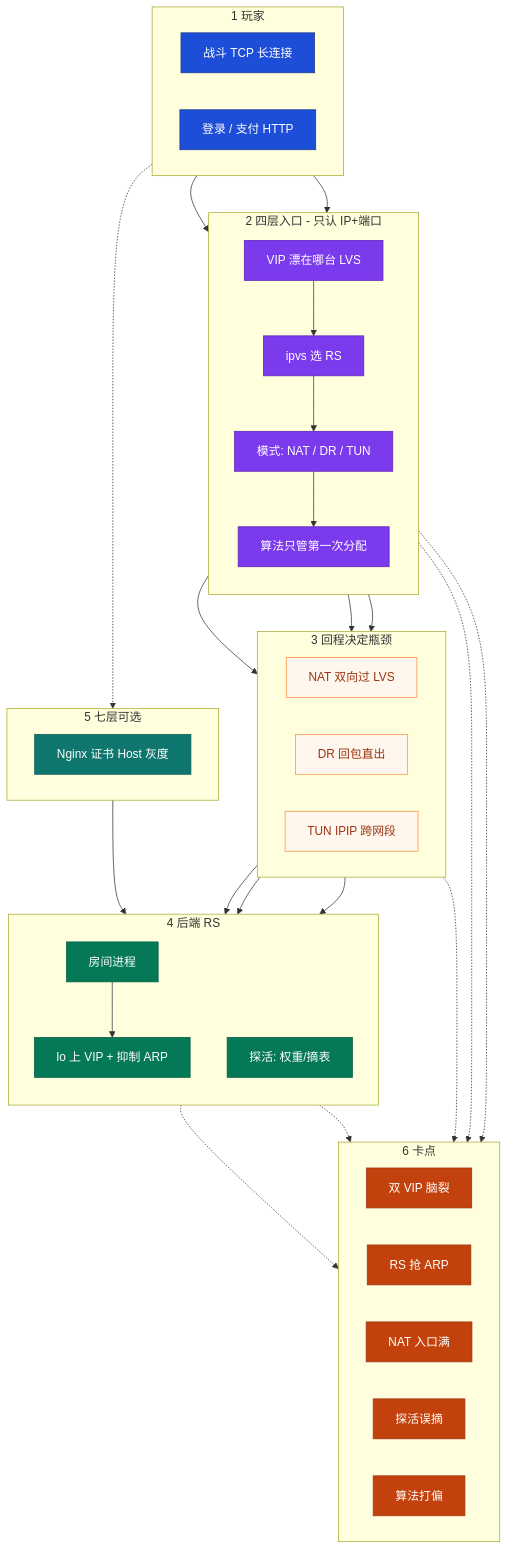
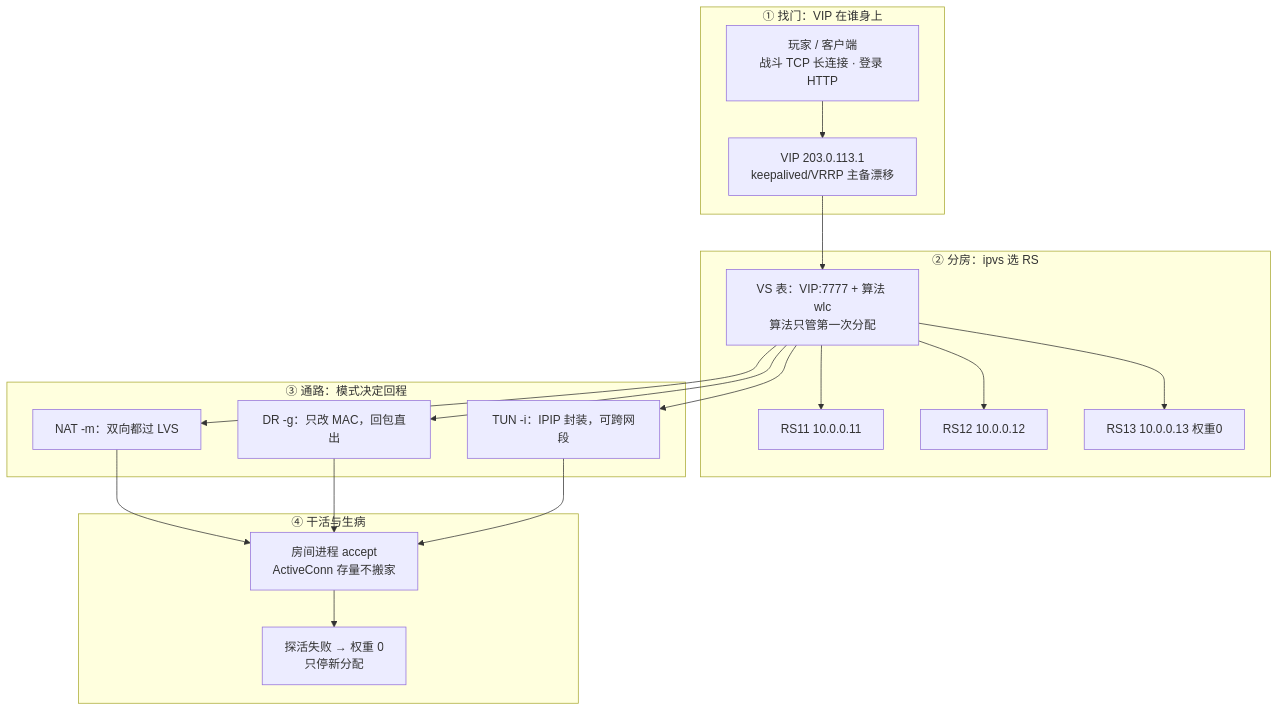
Before and after one commit to ml-cuizijun/LearnToLilith: the first of 4 diagrams in 01-基础底座/18-LVS与四层负载均衡/知识点.md, drawn with Mermaid. The commit also changed other lines of this file and 470 other files, not shown here.

````diff
--- a/01-基础底座/18-LVS与四层负载均衡/知识点.md
+++ b/01-基础底座/18-LVS与四层负载均衡/知识点.md
@@ -66,72 +15,25 @@
 ```mermaid
 flowchart TB
-    classDef send fill:#1D4ED8,stroke:#1E3A8A,color:#fff
-    classDef l4 fill:#7C3AED,stroke:#5B21B6,color:#fff
-    classDef host fill:#047857,stroke:#065F46,color:#fff
-    classDef app fill:#0F766E,stroke:#115E59,color:#fff
-    classDef danger fill:#C2410C,stroke:#9A3412,color:#fff
-    classDef note fill:#FFF7ED,stroke:#FB923C,color:#9A3412
-
-    subgraph CLIENT["1 玩家"]
-        direction LR
-        C1["战斗 TCP 长连接"]
-        C2["登录 / 支付 HTTP"]
+    subgraph IN["① 找门：VIP 在谁身上"]
+        C["玩家 / 客户端<br/>战斗 TCP 长连接 · 登录 HTTP"] --> V["VIP 203.0.113.1<br/>keepalived/VRRP 主备漂移"]
     end
-
-    subgraph L4["2 四层入口 - 只认 IP+端口"]
-        direction TB
-        L1["VIP 漂在哪台 LVS"] --> L2["ipvs 选 RS"]
-        L2 --> L3["模式: NAT / DR / TUN"]
-        L3 --> L4a["算法只管第一次分配"]
+    subgraph PICK["② 分房：ipvs 选 RS"]
+        V --> S["VS 表：VIP:7777 + 算法 wlc<br/>算法只管第一次分配"]
+        S --> R11["RS11 10.0.0.11"]
+        S --> R12["RS12 10.0.0.12"]
+        S --> R13["RS13 10.0.0.13 权重0"]
     end
-
-    subgraph MODE["3 回程决定瓶颈"]
-        direction LR
-        M1["NAT 双向过 LVS"]
-        M2["DR 回包直出"]
-        M3["TUN IPIP 跨网段"]
+    subgraph PATH["③ 通路：模式决定回程"]
+        S --> M1["NAT -m：双向都过 LVS"]
+        S --> M2["DR -g：只改 MAC，回包直出"]
+        S --> M3["TUN -i：IPIP 封装，可跨网段"]
     end
-
-    subgraph RS["4 后端 RS"]
-        direction TB
-        R1["房间进程"] --> R2["lo 上 VIP + 抑制 ARP"]
-        R3["探活: 权重/摘表"]
+    subgraph WORK["④ 干活与生病"]
+        W["房间进程 accept<br/>ActiveConn 存量不搬家"]
+        H["探活失败 → 权重 0<br/>只停新分配"]
     end
-
-    subgraph L7["5 七层可选"]
-        direction LR
-        N1["Nginx 证书 Host 灰度"]
-    end
-
-    subgraph FULL["6 卡点"]
-        direction LR
-        F1["双 VIP 脑裂"]
-        F2["RS 抢 ARP"]
-        F3["NAT 入口满"]
-        F4["探活误摘"]
-        F5["算法打偏"]
-    end
-
-    C1 --> L1
-    C2 --> L1
-    L4a --> M1
-    L4a --> M2
-    L4a --> M3
-    M2 --> R1
-    M1 --> R1
-    M3 --> R1
-    C2 -.-> N1
-    N1 --> R1
-    L1 -.-> F1
-    R2 -.-> F2
-    M1 -.-> F3
-    R3 -.-> F4
-    L4a -.-> F5
-
-    class C1,C2 send
-    class L1,L2,L3,L4a l4
-    class R1,R2,R3 host
-    class N1 app
-    class F1,F2,F3,F4,F5 danger
-    class M1,M2,M3 note
+    M1 --> W
+    M2 --> W
+    M3 --> W
+    W --> H
 ```
````
